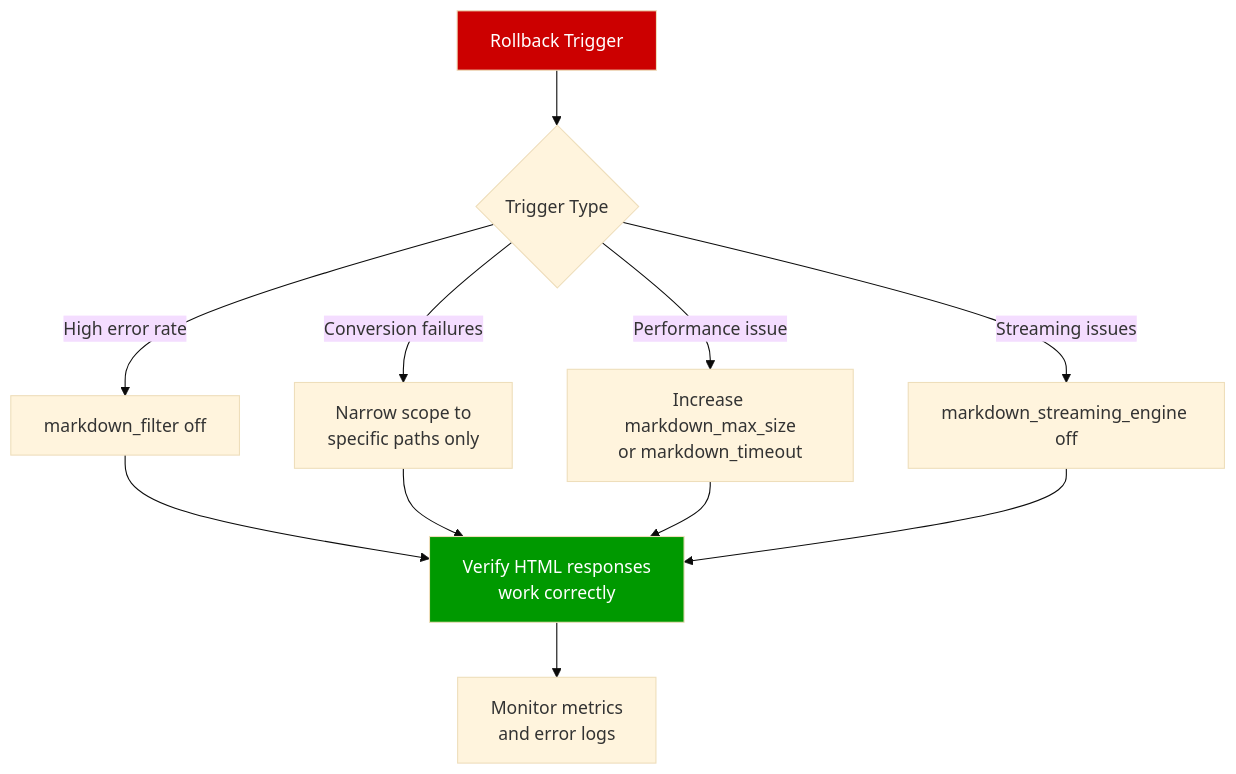
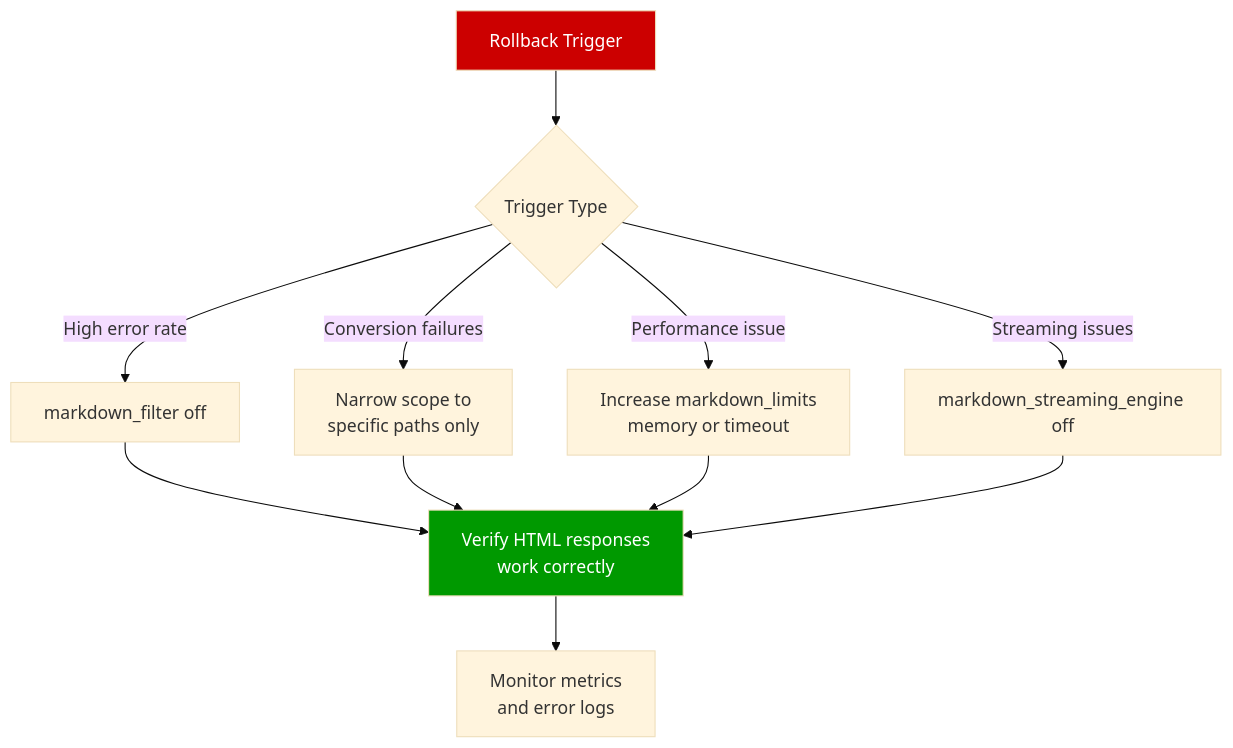
Before and after one commit to cnkang/nginx-markdown-for-agents: the diagram in docs/guides/ROLLBACK_GUIDE.md, drawn with Mermaid (base theme). The commit also changed other lines of this file and 6 other files, not shown here.

````diff
--- a/docs/guides/ROLLBACK_GUIDE.md
+++ b/docs/guides/ROLLBACK_GUIDE.md
@@ -19,16 +19,16 @@
 ```mermaid
 flowchart TD
     Trigger["Rollback Trigger"] --> Type{"Trigger Type"}
     Type -->|High error rate| Disable["markdown_filter off"]
     Type -->|Conversion failures| Narrow["Narrow scope to<br/>specific paths only"]
-    Type -->|Performance issue| IncreaseLimit["Increase markdown_max_size<br/>or markdown_timeout"]
+    Type -->|Performance issue| IncreaseLimit["Increase markdown_limits<br/>memory or timeout"]
     Type -->|Streaming issues| DisableStream["markdown_streaming_engine off"]
     Disable --> Verify["Verify HTML responses<br/>work correctly"]
     Narrow --> Verify
     IncreaseLimit --> Verify
     DisableStream --> Verify
     Verify --> Monitor["Monitor metrics<br/>and error logs"]
     
     style Trigger fill:#c00,color:#fff
     style Verify fill:#090,color:#fff
 ```
````
